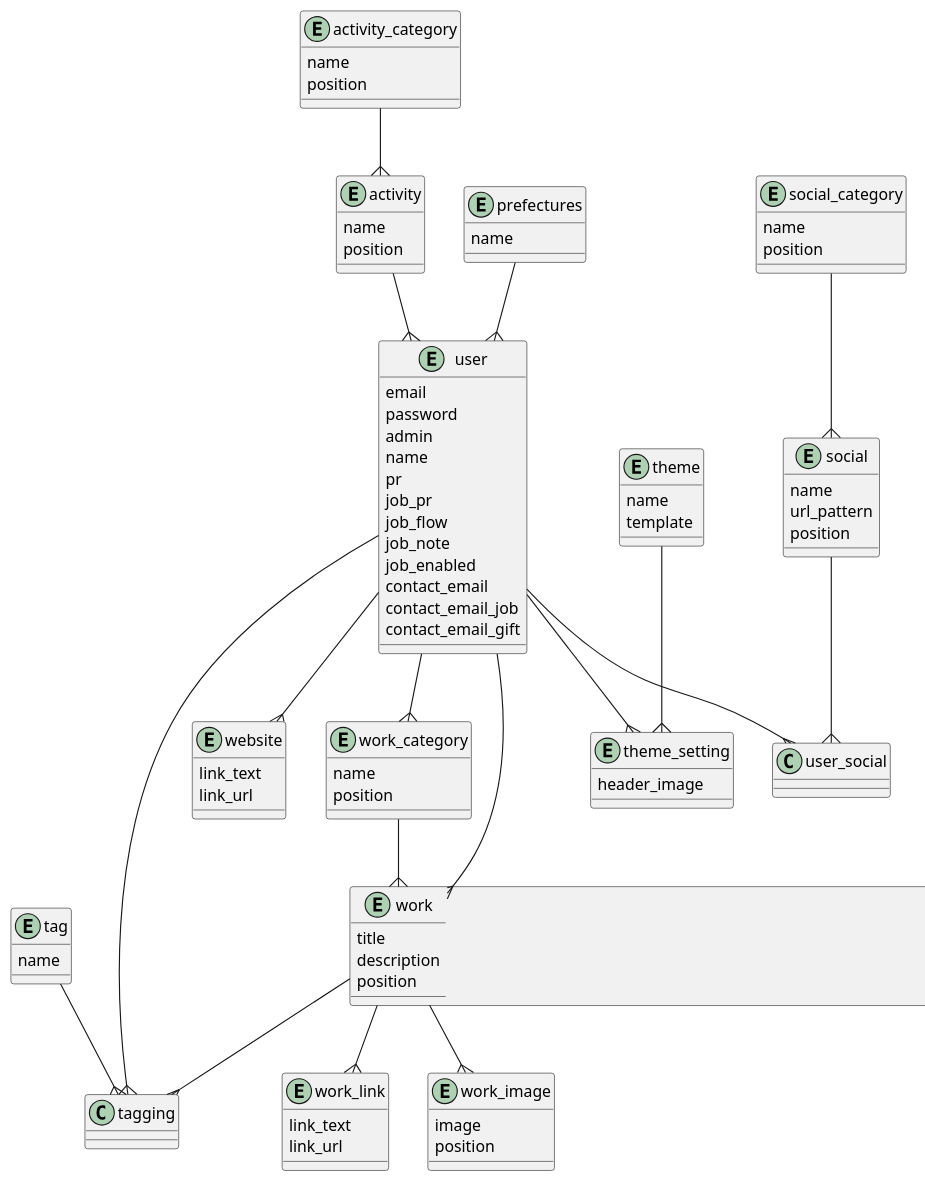
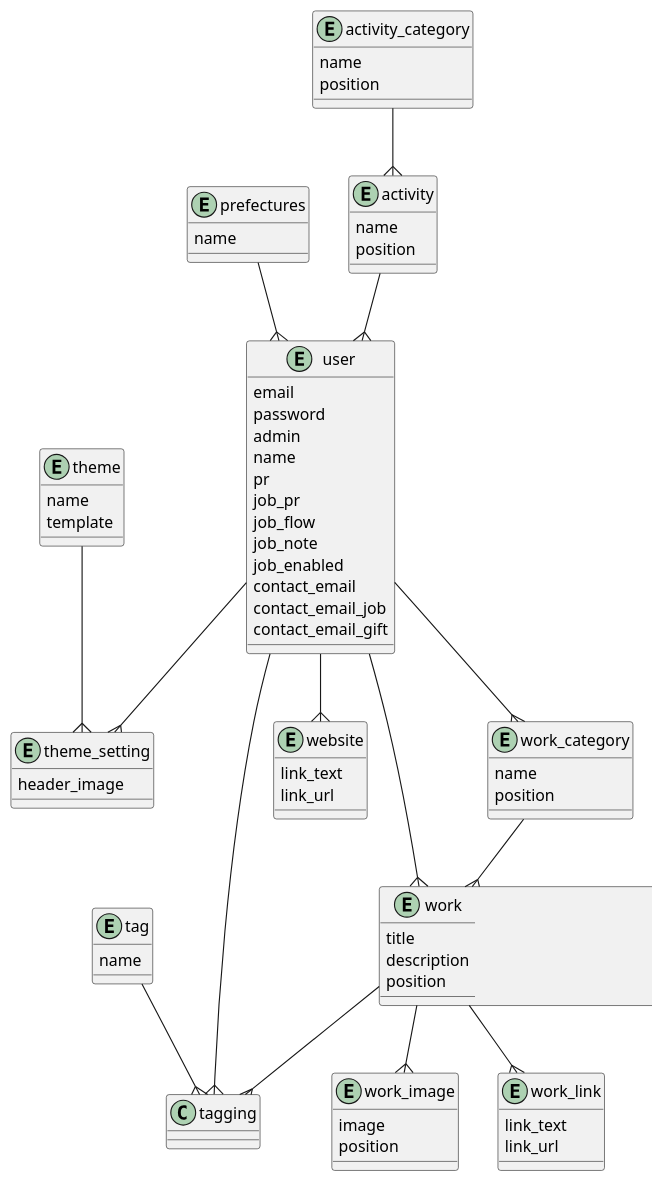
One commit to kenchiki/rails-mastodon-portfolio2 changed the diagram in er.puml. Above: the diagram before and after it, drawn with PlantUML. The commit also changed 1 other file, not shown here.

```diff
--- a/er.puml
+++ b/er.puml
@@ -1,100 +1,86 @@
 @startuml
 
 entity "user" {
   email
   password
   admin
   name
   pr
   job_pr
   job_flow
   job_note
   job_enabled
   contact_email
   contact_email_job
   contact_email_gift
 }
 
 entity "work" {
   title
   description
   position
 }
 
 entity "work_image" {
   image
   position
 }
 
 entity "work_link" {
   link_text
   link_url
-}
-
-entity "social_category" {
-  name
-  position
-}
-
-entity "social" {
-  name
-  url_pattern
-  position
 }
 
 entity "work_category" {
   name
   position
 }
 
 entity "prefectures" {
   name
 }
 
 entity "theme" {
   name
   template
 }
 
 entity "theme_setting" {
   header_image
 }
 
 entity "activity" {
   name
   position
 }
 
 entity "activity_category" {
   name
   position
 }
 
 entity "website" {
   link_text
   link_url
 }
 
 entity "tag" {
   name
 }
 
 theme--{theme_setting
 user--{theme_setting
 prefectures--{user
 user--{work
 work--{work_link
 work--{work_image
 work_category--{work
 user--{tagging
 tag--{tagging
 work--{tagging
-user--{user_social
-social--{user_social
-social_category--{social
 user--{website
 activity--{user
 activity_category--{activity
 user--{work_category
 
 @enduml
```
